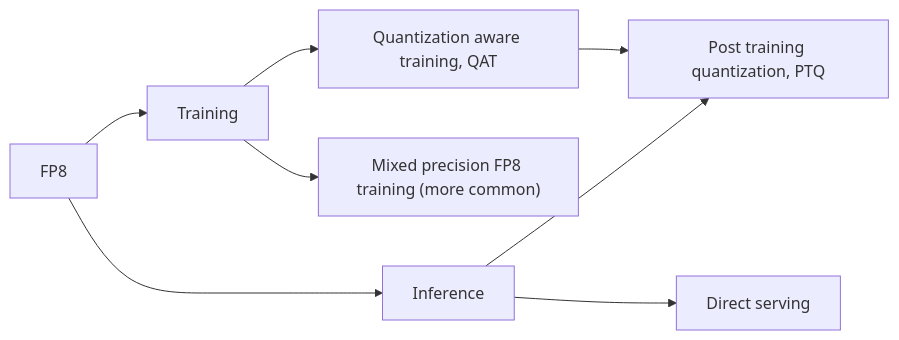
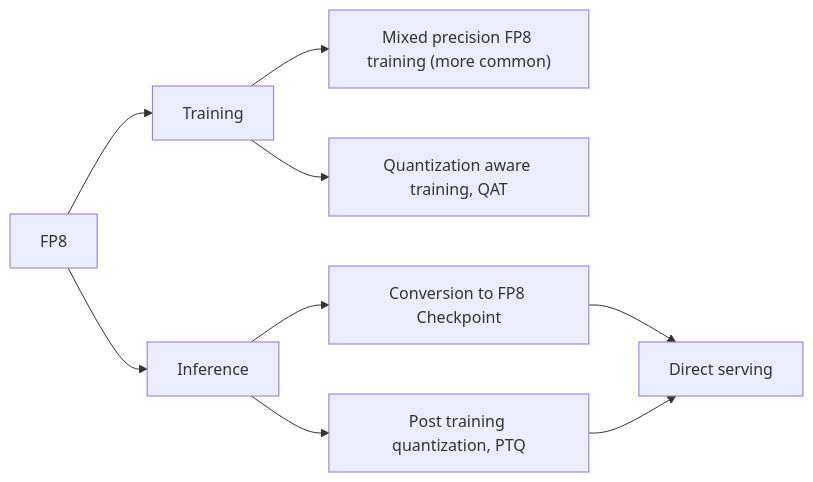
Before and after one commit to romitjain/romitjain.github.io: the first of 2 diagrams in _posts/2025-10-01-Fp8forllms.md, drawn with Mermaid. The commit also changed other lines of this file, not shown here.

````diff
--- a/_posts/2025-10-01-Fp8forllms.md
+++ b/_posts/2025-10-01-Fp8forllms.md
@@ -24,11 +24,12 @@
 ```mermaid
 graph LR
 
 A[FP8] --> B[Training]
 A --> C[Inference]
 B --> H["Mixed precision FP8 training (more common)"]
 B --> E[Quantization aware training, QAT]
-E --> D
 C --> D[Post training quantization, PTQ]
-C --> F[Direct serving]
+C --> G[Conversion to FP8 Checkpoint]
+G --> F[Direct serving]
+D --> F
 ```
````
